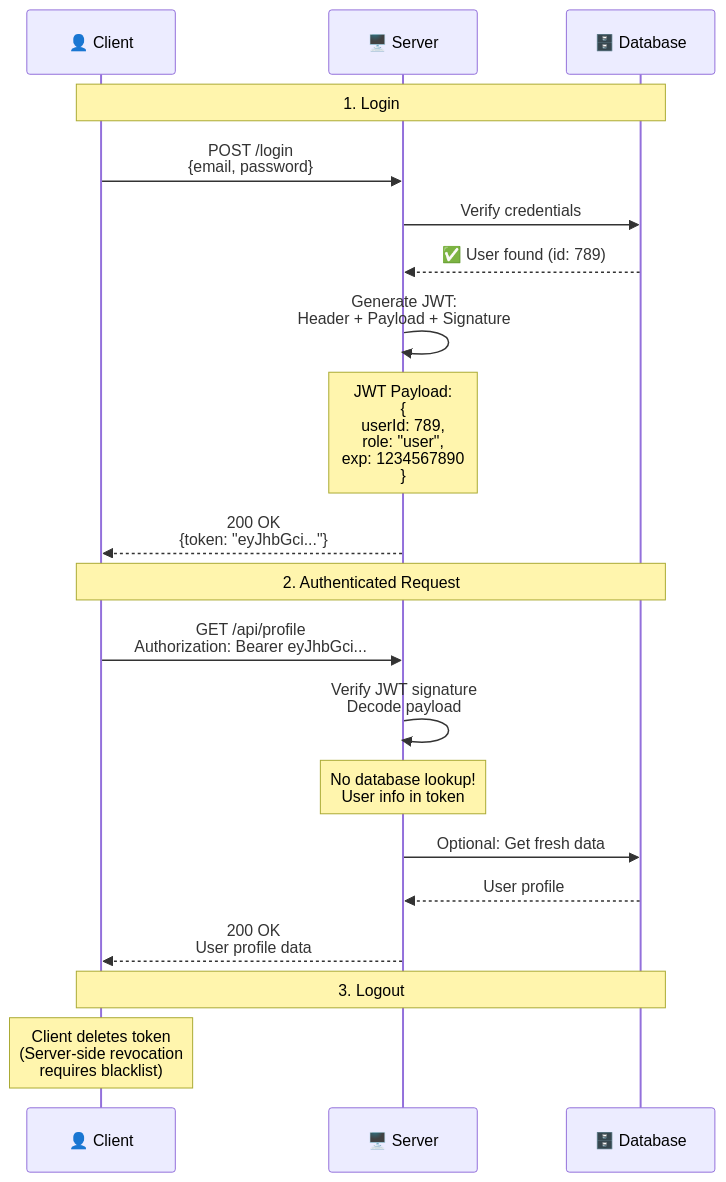
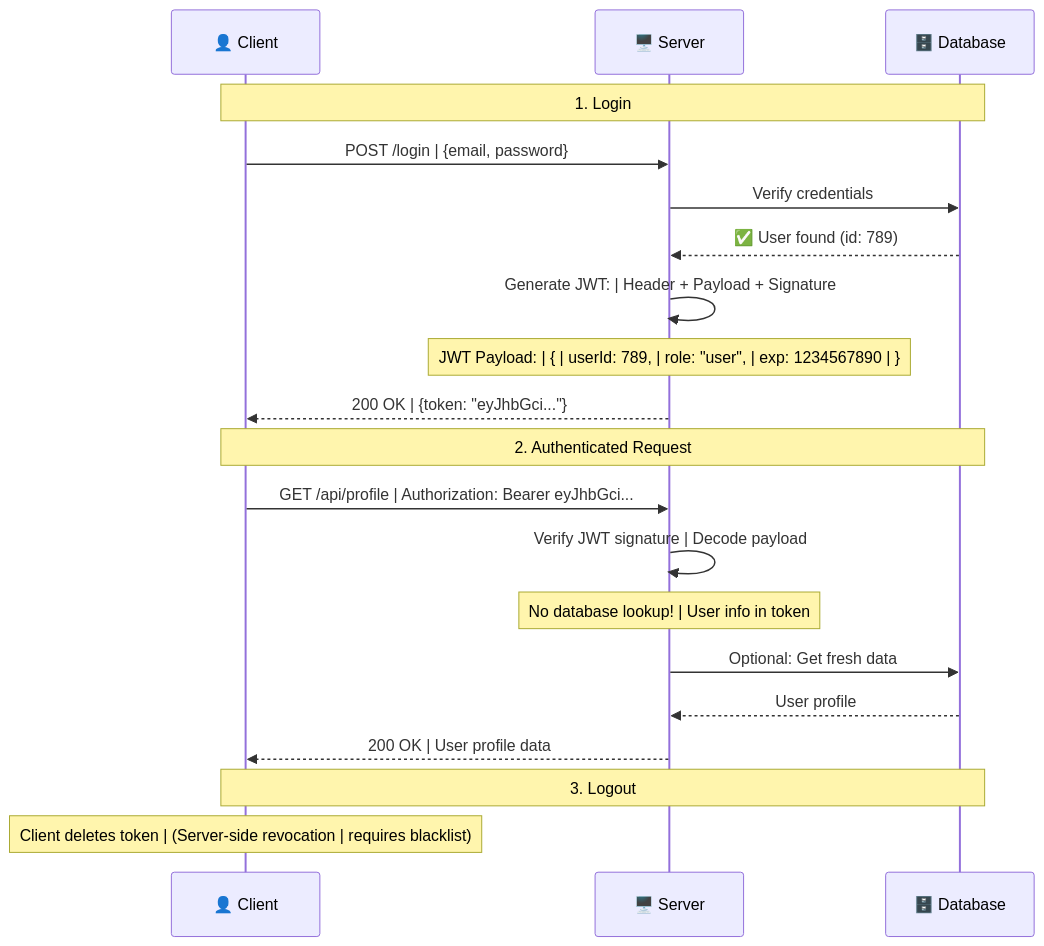
One commit to p1kmr/for-reading changed the fourth of 11 diagrams in HLD/foundation/11_authentication.md. Above: the diagram before and after it, drawn with Mermaid. The commit also changed other lines of this file and 14 other files, not shown here.

Commit message:
Fix Mermaid diagram syntax: Replace <br/> with <br> for GitHub compatibility

````diff
--- a/HLD/foundation/11_authentication.md
+++ b/HLD/foundation/11_authentication.md
@@ -198,35 +198,35 @@
 ```mermaid
 sequenceDiagram
     participant Client as 👤 Client
     participant Server as 🖥️ Server
     participant DB as 🗄️ Database
 
     Note over Client,DB: 1. Login
 
-    Client->>Server: POST /login<br/>{email, password}
+    Client->>Server: POST /login | {email, password}
     Server->>DB: Verify credentials
     DB-->>Server: ✅ User found (id: 789)
 
-    Server->>Server: Generate JWT:<br/>Header + Payload + Signature
+    Server->>Server: Generate JWT: | Header + Payload + Signature
 
-    Note over Server: JWT Payload:<br/>{<br/>  userId: 789,<br/>  role: "user",<br/>  exp: 1234567890<br/>}
+    Note over Server: JWT Payload: | { |   userId: 789, |   role: "user", |   exp: 1234567890 | }
 
-    Server-->>Client: 200 OK<br/>{token: "eyJhbGci..."}
+    Server-->>Client: 200 OK | {token: "eyJhbGci..."}
 
     Note over Client,DB: 2. Authenticated Request
 
-    Client->>Server: GET /api/profile<br/>Authorization: Bearer eyJhbGci...
+    Client->>Server: GET /api/profile | Authorization: Bearer eyJhbGci...
 
-    Server->>Server: Verify JWT signature<br/>Decode payload
+    Server->>Server: Verify JWT signature | Decode payload
 
-    Note over Server: No database lookup!<br/>User info in token
+    Note over Server: No database lookup! | User info in token
 
     Server->>DB: Optional: Get fresh data
     DB-->>Server: User profile
 
-    Server-->>Client: 200 OK<br/>User profile data
+    Server-->>Client: 200 OK | User profile data
 
     Note over Client,DB: 3. Logout
 
-    Note over Client: Client deletes token<br/>(Server-side revocation<br/>requires blacklist)
+    Note over Client: Client deletes token | (Server-side revocation | requires blacklist)
 ```
````
